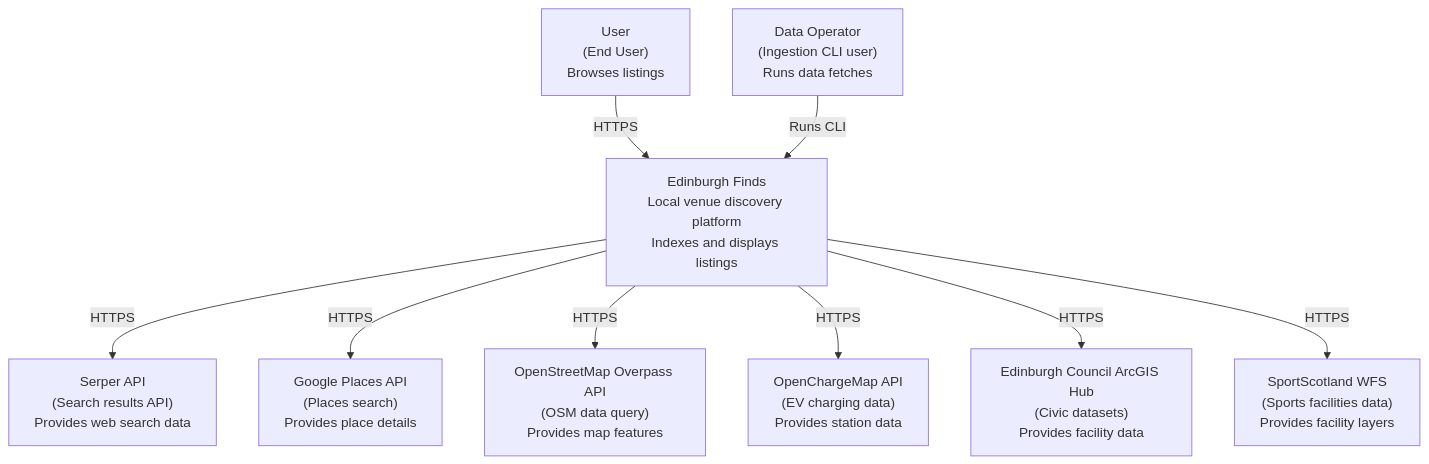
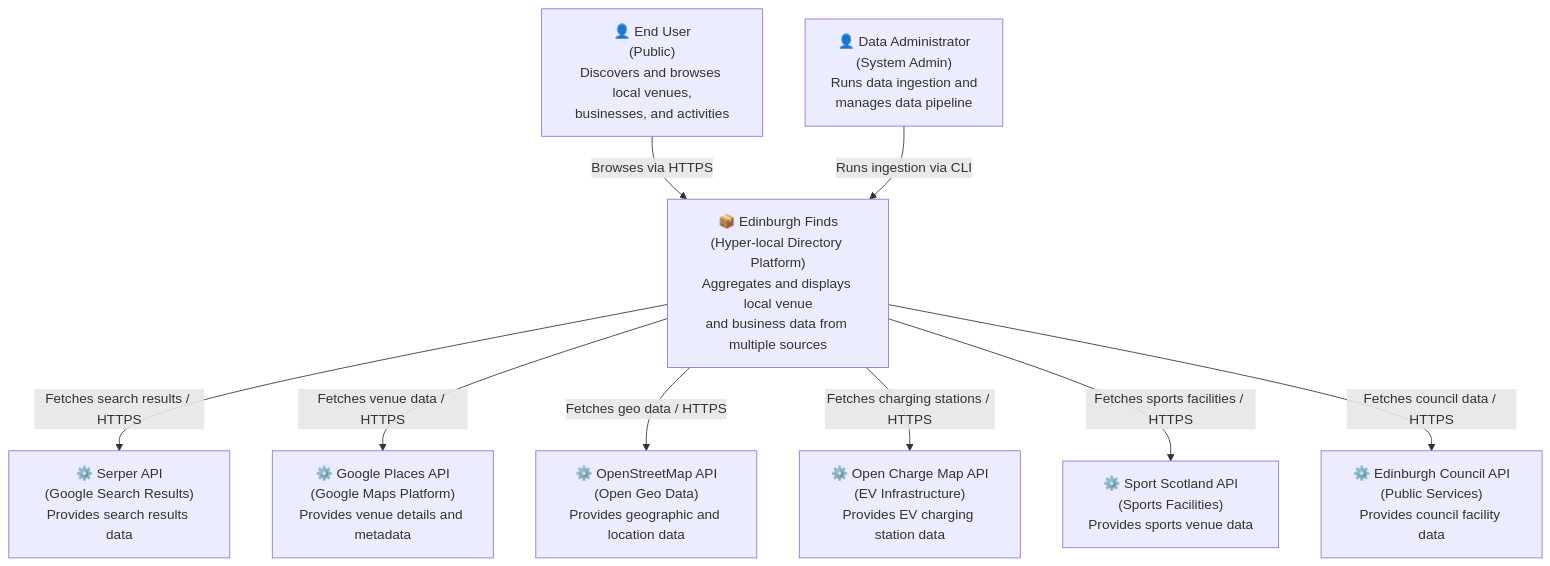
One commit to LarjGit/edinburgh-finds changed the diagram in docs/architecture/c4-level1-context.md. Above: the diagram before and after it, drawn with Mermaid. The commit also changed other lines of this file and 2 other files, not shown here.

Commit message:
docs(architecture): update C4 diagrams with code-verified tech stack
Regenerate C4 Level 1 and Level 2 diagrams based on actual code inspection:
- Add technology labels to all containers (Next.js 16, React 19, Python, SQLite)
- Improve diagram formatting with emojis and better structure
- Add detailed data flow and architectural patterns
- Document all 6 external API integrations from actual connectors
- Expand README with comprehensive viewing and maintenance guidelines

All technology details verified from package.json, requirements.txt,
schema.prisma, and source code imports.

````diff
--- a/docs/architecture/c4-level1-context.md
+++ b/docs/architecture/c4-level1-context.md
@@ -12,24 +12,27 @@
 ```mermaid
 graph TB
-    User["User<br/>(End User)<br/>Browses listings"]
-    Operator["Data Operator<br/>(Ingestion CLI user)<br/>Runs data fetches"]
+    %% Users
+    User["👤 End User<br/>(Public)<br/>Discovers and browses local venues,<br/>businesses, and activities"]
+    Admin["👤 Data Administrator<br/>(System Admin)<br/>Runs data ingestion and<br/>manages data pipeline"]
 
-    System["Edinburgh Finds<br/>Local venue discovery platform<br/>Indexes and displays listings"]
+    %% System
+    System["📦 Edinburgh Finds<br/>(Hyper-local Directory Platform)<br/>Aggregates and displays local venue<br/>and business data from multiple sources"]
 
-    Serper["Serper API<br/>(Search results API)<br/>Provides web search data"]
-    GooglePlaces["Google Places API<br/>(Places search)<br/>Provides place details"]
-    OSM["OpenStreetMap Overpass API<br/>(OSM data query)<br/>Provides map features"]
-    OpenChargeMap["OpenChargeMap API<br/>(EV charging data)<br/>Provides station data"]
-    EdinburghCouncil["Edinburgh Council ArcGIS Hub<br/>(Civic datasets)<br/>Provides facility data"]
-    SportScotland["SportScotland WFS<br/>(Sports facilities data)<br/>Provides facility layers"]
+    %% External Systems
+    Serper["⚙️ Serper API<br/>(Google Search Results)<br/>Provides search results data"]
+    GooglePlaces["⚙️ Google Places API<br/>(Google Maps Platform)<br/>Provides venue details and metadata"]
+    OSM["⚙️ OpenStreetMap API<br/>(Open Geo Data)<br/>Provides geographic and location data"]
+    OpenChargeMap["⚙️ Open Charge Map API<br/>(EV Infrastructure)<br/>Provides EV charging station data"]
+    SportScotland["⚙️ Sport Scotland API<br/>(Sports Facilities)<br/>Provides sports venue data"]
+    EdinburghCouncil["⚙️ Edinburgh Council API<br/>(Public Services)<br/>Provides council facility data"]
 
-    User -->|"HTTPS"| System
-    Operator -->|"Runs CLI"| System
-
-    System -->|"HTTPS"| Serper
-    System -->|"HTTPS"| GooglePlaces
-    System -->|"HTTPS"| OSM
-    System -->|"HTTPS"| OpenChargeMap
-    System -->|"HTTPS"| EdinburghCouncil
-    System -->|"HTTPS"| SportScotland
+    %% Relationships
+    User -->|"Browses via HTTPS"| System
+    Admin -->|"Runs ingestion via CLI"| System
+    System -->|"Fetches search results / HTTPS"| Serper
+    System -->|"Fetches venue data / HTTPS"| GooglePlaces
+    System -->|"Fetches geo data / HTTPS"| OSM
+    System -->|"Fetches charging stations / HTTPS"| OpenChargeMap
+    System -->|"Fetches sports facilities / HTTPS"| SportScotland
+    System -->|"Fetches council data / HTTPS"| EdinburghCouncil
 ```
````
